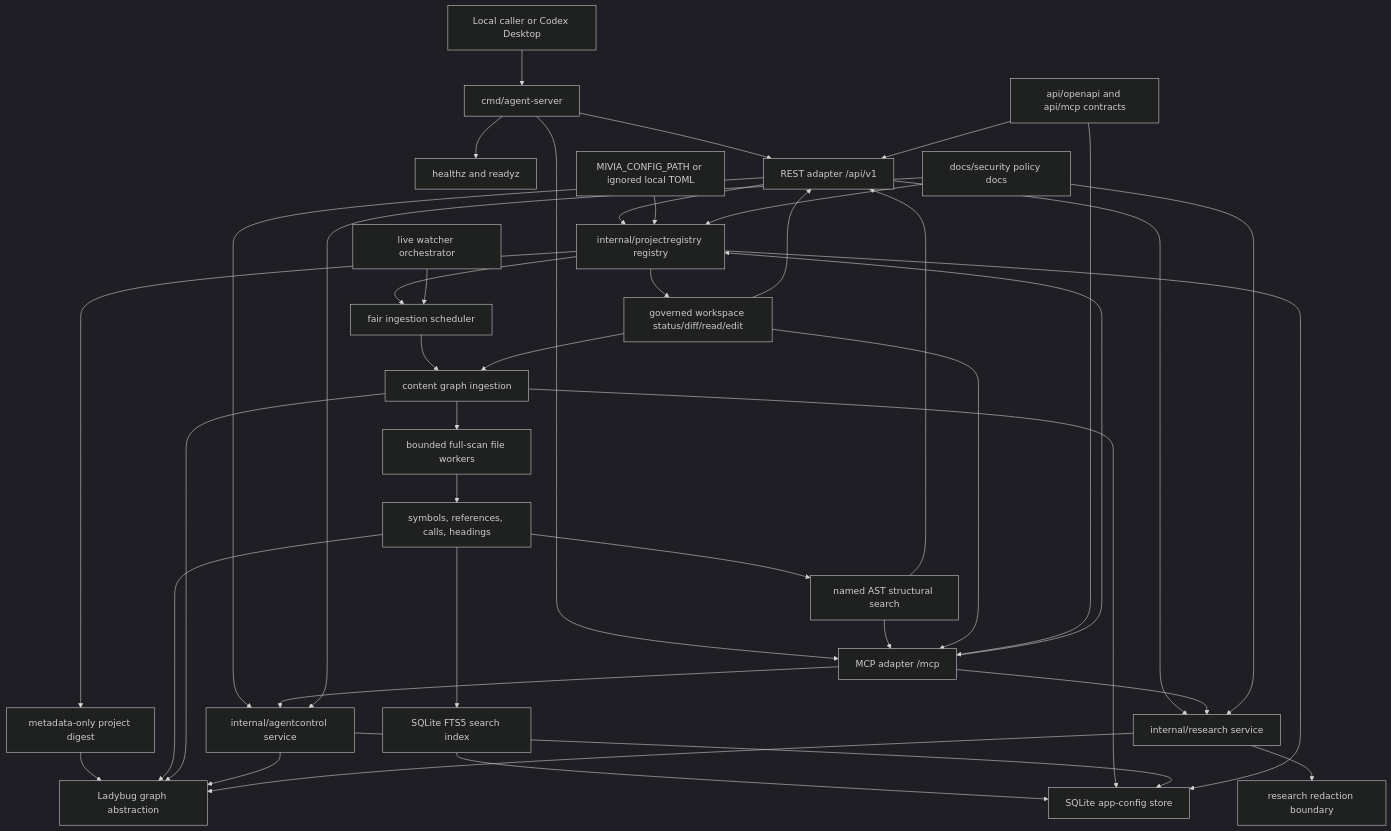
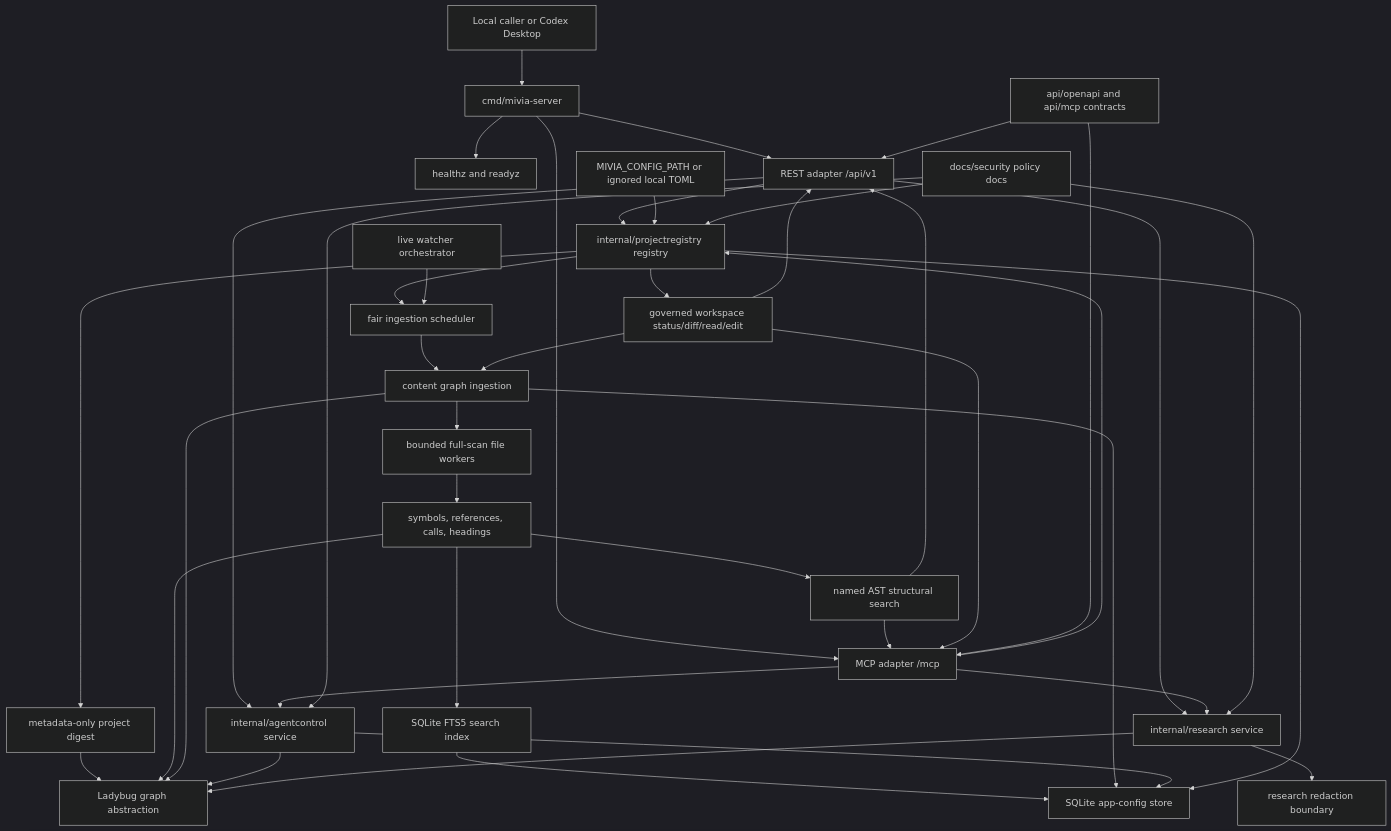
The first of 7 diagrams in docs/architecture/system-architecture.md (MiviaLabs/go-mivia), drawn with Mermaid (dark theme) before and after one commit. The commit also changed other lines of this file and 33 other files, not shown here.

````diff
--- a/docs/architecture/system-architecture.md
+++ b/docs/architecture/system-architecture.md
@@ -27,67 +27,67 @@
 ```mermaid
 flowchart TB
   LocalClient["Local caller or Codex Desktop"]
-  Server["cmd/agent-server"]
+  Server["cmd/mivia-server"]
   Health["healthz and readyz"]
   REST["REST adapter /api/v1"]
   MCP["MCP adapter /mcp"]
   AgentService["internal/agentcontrol service"]
   ProjectRegistry["internal/projectregistry registry"]
   ProjectDigest["metadata-only project digest"]
   ProjectIngestion["content graph ingestion"]
   ProjectWorkspace["governed workspace status/diff/read/edit"]
   Scheduler["fair ingestion scheduler"]
   Watcher["live watcher orchestrator"]
   FullScanWorkers["bounded full-scan file workers"]
   SemanticGraph["symbols, references, calls, headings"]
   SearchIndex["SQLite FTS5 search index"]
   ASTSearch["named AST structural search"]
   ResearchService["internal/research service"]
   Redaction["research redaction boundary"]
   Ladybug["Ladybug graph abstraction"]
   SQLite["SQLite app-config store"]
   ConfigFile["MIVIA_CONFIG_PATH or ignored local TOML"]
   Contracts["api/openapi and api/mcp contracts"]
   SecurityDocs["docs/security policy docs"]
 
   LocalClient --> Server
   Server --> Health
   Server --> REST
   Server --> MCP
   REST --> AgentService
   MCP --> AgentService
   REST --> ProjectRegistry
   MCP --> ProjectRegistry
   ProjectRegistry --> ProjectDigest
   ProjectRegistry --> ProjectWorkspace
   ProjectDigest --> Ladybug
   ProjectRegistry --> Scheduler
   Watcher --> Scheduler
   Scheduler --> ProjectIngestion
   ProjectIngestion --> FullScanWorkers
   FullScanWorkers --> SemanticGraph
   SemanticGraph --> Ladybug
   SemanticGraph --> SearchIndex
   SearchIndex --> SQLite
   SemanticGraph --> ASTSearch
   ASTSearch --> REST
   ASTSearch --> MCP
   ProjectIngestion --> Ladybug
   ProjectIngestion --> SQLite
   ProjectWorkspace --> ProjectIngestion
   ProjectWorkspace --> REST
   ProjectWorkspace --> MCP
   ConfigFile --> ProjectRegistry
   REST --> ResearchService
   MCP --> ResearchService
   ResearchService --> Redaction
   AgentService --> Ladybug
   ResearchService --> Ladybug
   AgentService --> SQLite
   ProjectRegistry --> SQLite
   Contracts --> REST
   Contracts --> MCP
   SecurityDocs --> AgentService
   SecurityDocs --> ProjectRegistry
   SecurityDocs --> ResearchService
 ```
````
